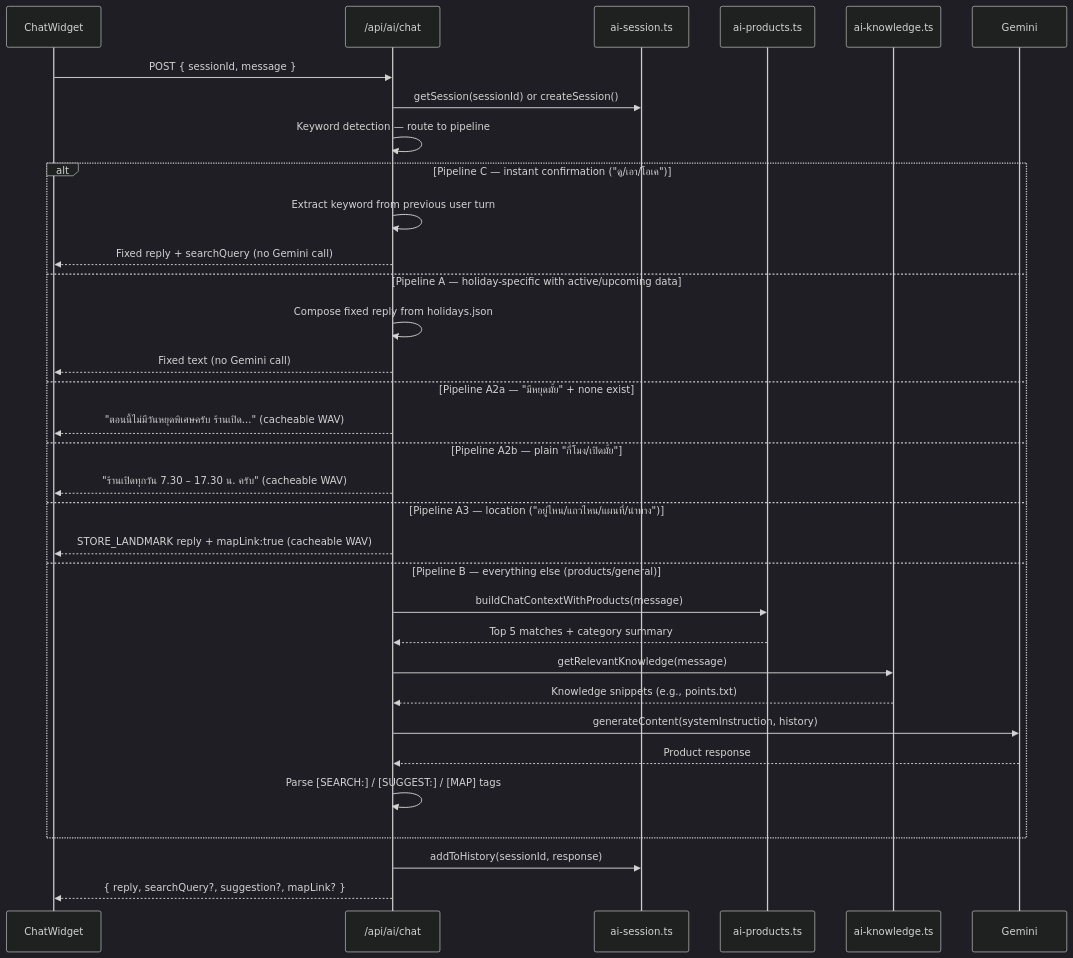
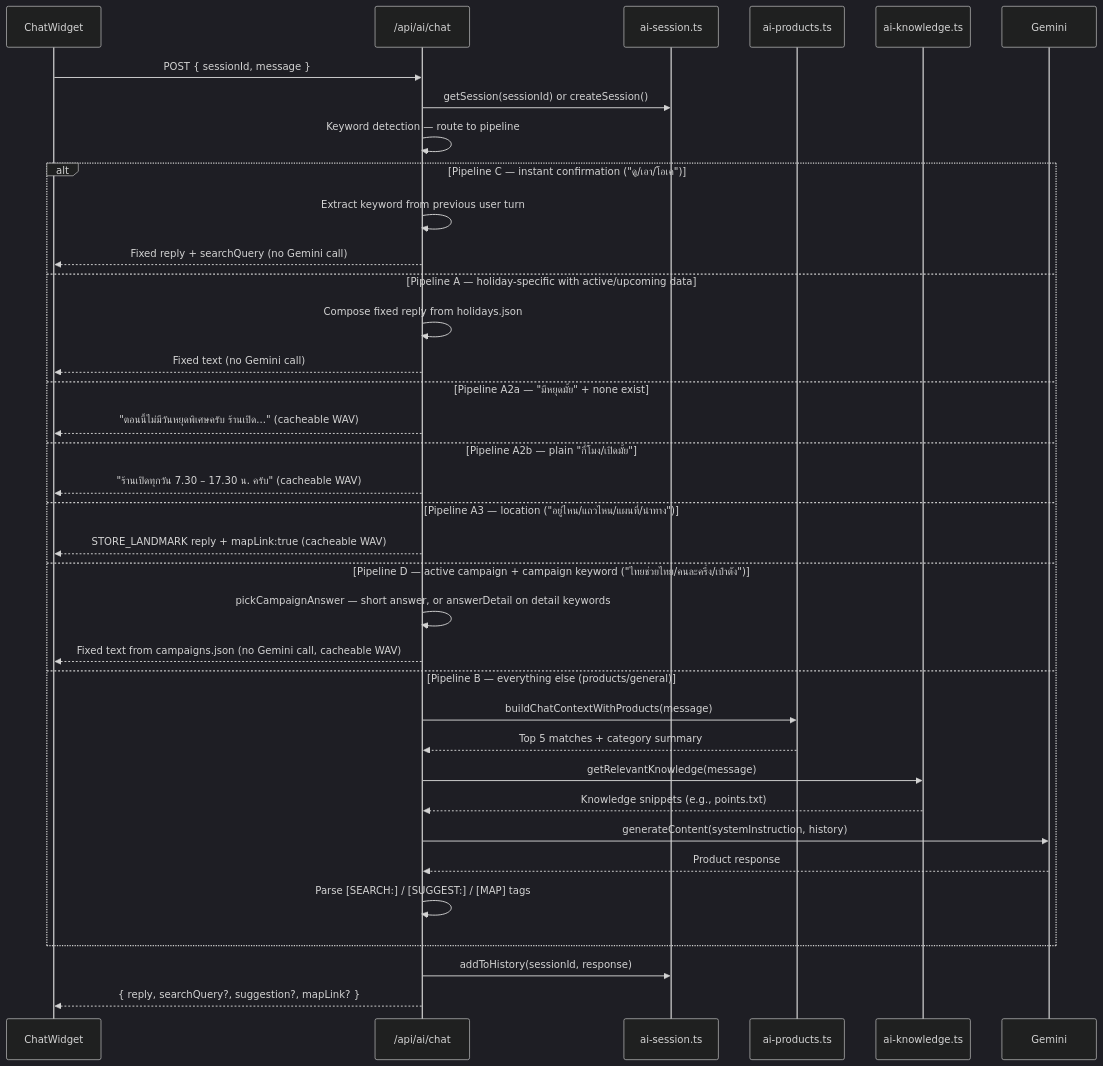
One commit to iarcanar/31panich-web changed the third of 5 diagrams in docs/architecture.md. Above: the diagram before and after it, drawn with Mermaid (dark theme). The commit also changed other lines of this file and 8 other files, not shown here.

````diff
--- a/docs/architecture.md
+++ b/docs/architecture.md
@@ -77,36 +79,39 @@
 ```mermaid
 sequenceDiagram
   participant C as ChatWidget
   participant API as /api/ai/chat
   participant S as ai-session.ts
   participant P as ai-products.ts
   participant K as ai-knowledge.ts
   participant G as Gemini
 
   C->>API: POST { sessionId, message }
   API->>S: getSession(sessionId) or createSession()
   API->>API: Keyword detection — route to pipeline
   alt Pipeline C — instant confirmation ("ดู/เอา/โอเค")
     API->>API: Extract keyword from previous user turn
     API-->>C: Fixed reply + searchQuery (no Gemini call)
   else Pipeline A — holiday-specific with active/upcoming data
     API->>API: Compose fixed reply from holidays.json
     API-->>C: Fixed text (no Gemini call)
   else Pipeline A2a — "มีหยุดมั้ย" + none exist
     API-->>C: "ตอนนี้ไม่มีวันหยุดพิเศษครับ ร้านเปิด..." (cacheable WAV)
   else Pipeline A2b — plain "กี่โมง/เปิดมั้ย"
     API-->>C: "ร้านเปิดทุกวัน 7.30 – 17.30 น. ครับ" (cacheable WAV)
   else Pipeline A3 — location ("อยู่ไหน/แถวไหน/แผนที่/นำทาง")
     API-->>C: STORE_LANDMARK reply + mapLink:true (cacheable WAV)
+  else Pipeline D — active campaign + campaign keyword ("ไทยช่วยไทย/คนละครึ่ง/เป๋าตัง")
+    API->>API: pickCampaignAnswer — short answer, or answerDetail on detail keywords
+    API-->>C: Fixed text from campaigns.json (no Gemini call, cacheable WAV)
   else Pipeline B — everything else (products/general)
     API->>P: buildChatContextWithProducts(message)
     P-->>API: Top 5 matches + category summary
     API->>K: getRelevantKnowledge(message)
     K-->>API: Knowledge snippets (e.g., points.txt)
     API->>G: generateContent(systemInstruction, history)
     G-->>API: Product response
     API->>API: Parse [SEARCH:] / [SUGGEST:] / [MAP] tags
   end
   API->>S: addToHistory(sessionId, response)
   API-->>C: { reply, searchQuery?, suggestion?, mapLink? }
 ```
````
